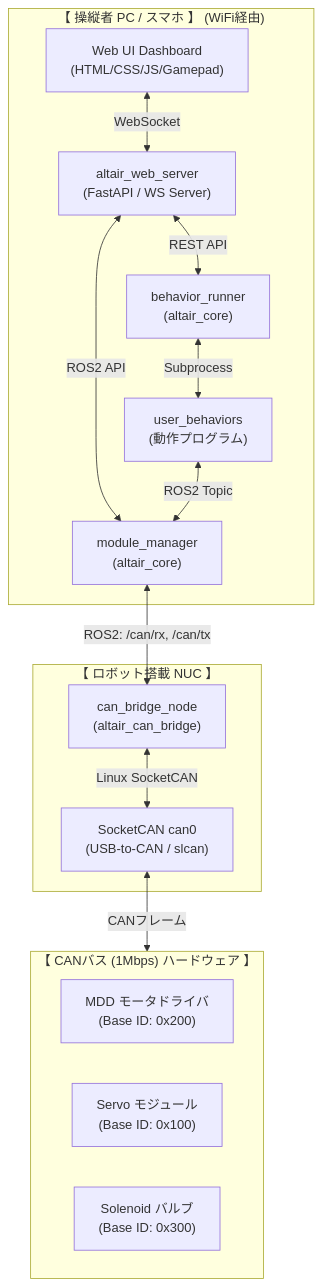
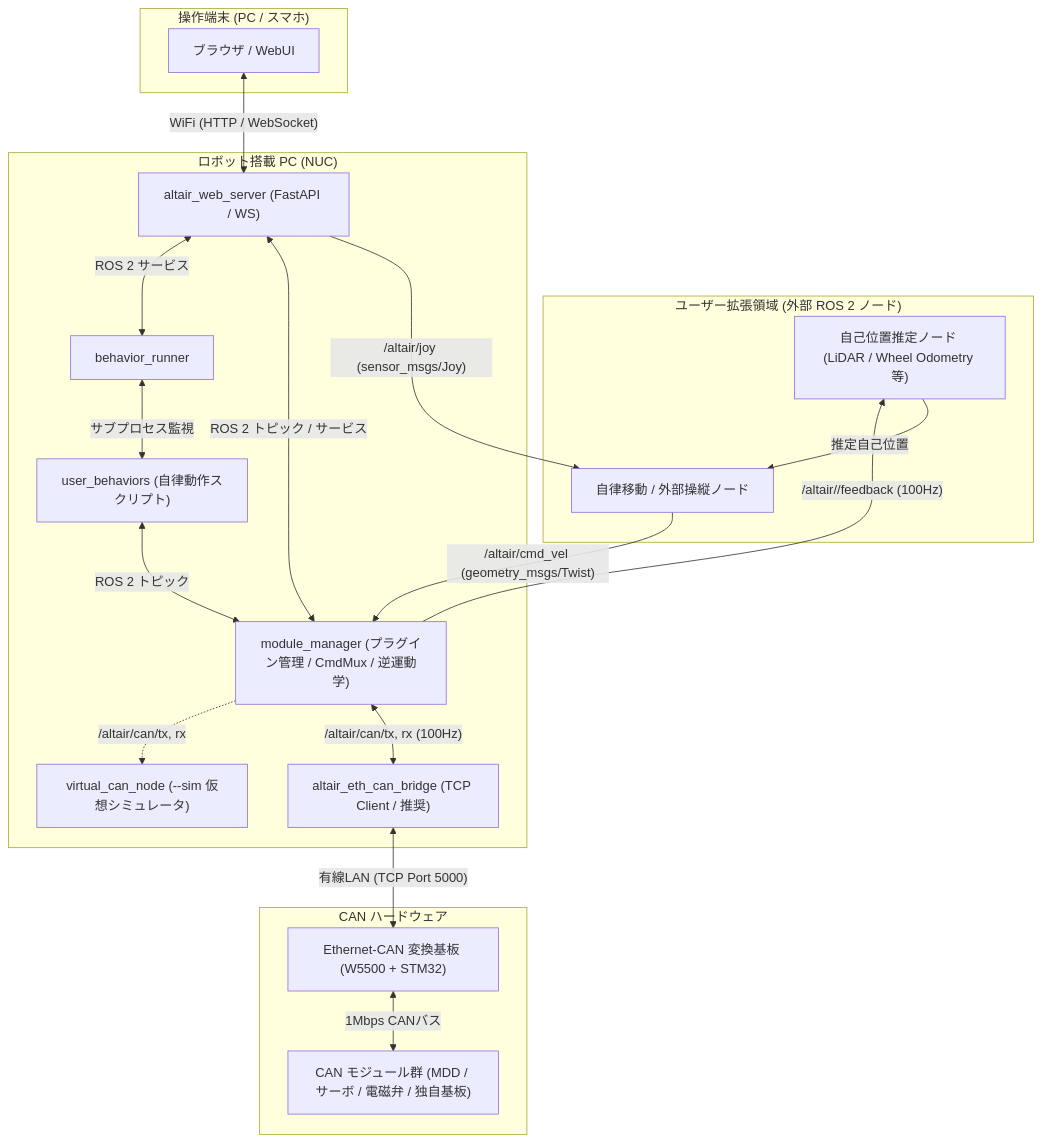
The first of 2 diagrams in wiki_setup/Architecture.md (Altairu/altair_framework), drawn with Mermaid before and after one commit. The commit also changed other lines of this file and 42 other files, not shown here.

Commit message:
feat: 拡張性向上のためのプラグイン構造化、外部連携トピック(/cmd_vel, Joy)・仮想CANシミュレータ(--sim)の追加、およびドキュメント刷新

````diff
--- a/wiki_setup/Architecture.md
+++ b/wiki_setup/Architecture.md
@@ -11,33 +16,39 @@
 ```mermaid
-graph TD
-    %% サブシステム定義
-    subgraph OperatorPC["【 操縦者 PC / スマホ 】 (WiFi経由)"]
-        UI["Web UI Dashboard<br>(HTML/CSS/JS/Gamepad)"]
-        WebServer["altair_web_server<br>(FastAPI / WS Server)"]
-        Mgr["module_manager<br>(altair_core)"]
-        Runner["behavior_runner<br>(altair_core)"]
-        Behavior["user_behaviors<br>(動作プログラム)"]
+flowchart TD
+    subgraph External ["ユーザー拡張領域 (外部 ROS 2 ノード)"]
+        Localizer["自己位置推定ノード (LiDAR / Wheel Odometry 等)"]
+        Planner["自律移動 / 外部操縦ノード"]
     end
 
-    subgraph RobotNUC["【 ロボット搭載 NUC 】"]
-        Bridge["can_bridge_node<br>(altair_can_bridge)"]
-        USB["SocketCAN can0<br>(USB-to-CAN / slcan)"]
+    subgraph UI ["操作端末 (PC / スマホ)"]
+        Browser["ブラウザ / WebUI"]
     end
 
-    subgraph Hardware["【 CANバス (1Mbps) ハードウェア 】"]
-        MDD["MDD モータドライバ<br>(Base ID: 0x200)"]
-        Servo["Servo モジュール<br>(Base ID: 0x100)"]
-        Solenoid["Solenoid バルブ<br>(Base ID: 0x300)"]
+    subgraph RobotPC ["ロボット搭載 PC (NUC)"]
+        WebServer["altair_web_server (FastAPI / WS)"]
+        Mgr["module_manager (プラグイン管理 / CmdMux / 逆運動学)"]
+        Runner["behavior_runner"]
+        Behavior["user_behaviors (自律動作スクリプト)"]
+        EthBridge["altair_eth_can_bridge (TCP Client / 推奨)"]
+        SimBridge["virtual_can_node (--sim 仮想シミュレータ)"]
     end
 
-    %% 通信フロー定義
-    UI <-->|WebSocket| WebServer
-    WebServer <-->|ROS2 API| Mgr
-    WebServer <-->|REST API| Runner
-    Runner <-->|Subprocess| Behavior
-    Behavior <-->|ROS2 Topic| Mgr
+    subgraph Hardware ["CAN ハードウェア"]
+        EthBoard["Ethernet-CAN 変換基板 (W5500 + STM32)"]
+        Modules["CAN モジュール群 (MDD / サーボ / 電磁弁 / 独自基板)"]
+    end
 
-    Mgr <-->|ROS2: /can/rx, /can/tx| Bridge
-    Bridge <-->|Linux SocketCAN| USB
-    USB <-->|CANフレーム| Hardware
+    Browser <-->|"WiFi (HTTP / WebSocket)"| WebServer
+    WebServer -->|"/altair/joy (sensor_msgs/Joy)"| Planner
+    Mgr -->|"/altair/<mdd>/feedback (100Hz)"| Localizer
+    Localizer -->|"推定自己位置"| Planner
+    Planner -->|"/altair/cmd_vel (geometry_msgs/Twist)"| Mgr
+    WebServer <-->|"ROS 2 トピック / サービス"| Mgr
+    WebServer <-->|"ROS 2 サービス"| Runner
+    Runner <-->|"サブプロセス監視"| Behavior
+    Behavior <-->|"ROS 2 トピック"| Mgr
+    Mgr <-->|"/altair/can/tx, rx (100Hz)"| EthBridge
+    Mgr -.->|"/altair/can/tx, rx"| SimBridge
+    EthBridge <-->|"有線LAN (TCP Port 5000)"| EthBoard
+    EthBoard <-->|"1Mbps CANバス"| Modules
 ```
````
